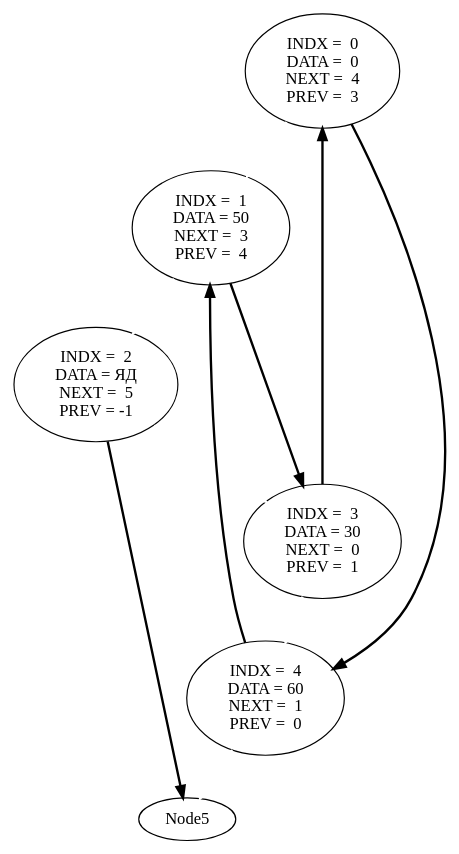
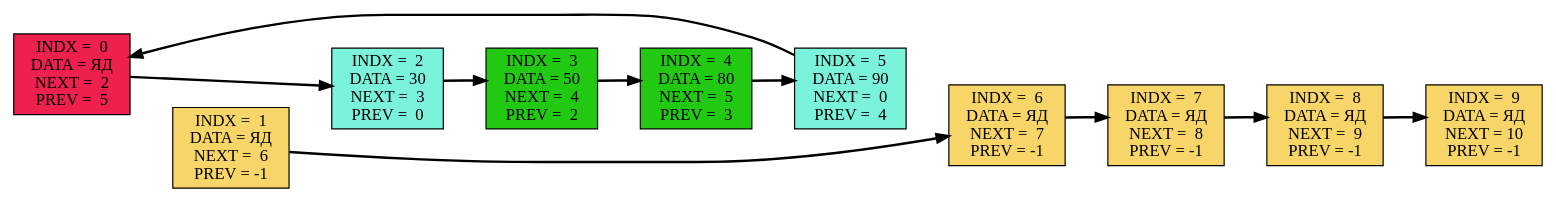
One commit to ask0later/List changed the diagram in Graph.dot. Above: the diagram before and after it, drawn with Graphviz. The commit also changed 4 other files, not shown here.

Commit message:
with graphviz

```diff
--- a/Graph.dot
+++ b/Graph.dot
@@ -1,18 +1,32 @@
 digraph DotGraph
 {
-    Node0 [shape="ellipse", color="#000000", fontcolor="black", fillcolor="#EE204D", style="solid", weight="1", label="INDX =  0\nDATA =  0\nNEXT =  4\nPREV =  3"];
-    Node1 [shape="ellipse", color="#000000", fontcolor="black", fillcolor="#21C912", style="solid", weight="1", label="INDX =  1\nDATA = 50\nNEXT =  3\nPREV =  4"];
-    Node2 [shape="ellipse", color="#000000", fontcolor="black", fillcolor="#F8D568", style="solid", weight="1", label="INDX =  2\nDATA = ЯД\nNEXT =  5\nPREV = -1"];
-    Node3 [shape="ellipse", color="#000000", fontcolor="black", fillcolor="#7BF2DA", style="solid", weight="1", label="INDX =  3\nDATA = 30\nNEXT =  0\nPREV =  1"];
-    Node4 [shape="ellipse", color="#000000", fontcolor="black", fillcolor="#7BF2DA", style="solid", weight="1", label="INDX =  4\nDATA = 60\nNEXT =  1\nPREV =  0"];
-    Node0 -> Node1 [color="#FFFFFF", style="bold", weight="1", label=""];
-    Node1 -> Node2 [color="#FFFFFF", style="bold", weight="1", label=""];
-    Node2 -> Node3 [color="#FFFFFF", style="bold", weight="1", label=""];
-    Node3 -> Node4 [color="#FFFFFF", style="bold", weight="1", label=""];
-    Node4 -> Node5 [color="#FFFFFF", style="bold", weight="1", label=""];
-    Node0 -> Node4 [color="#000000", style="bold", weight="1", label=""];
-    Node1 -> Node3 [color="#000000", style="bold", weight="1", label=""];
-    Node2 -> Node5 [color="#000000", style="bold", weight="1", label=""];
-    Node3 -> Node0 [color="#000000", style="bold", weight="1", label=""];
-    Node4 -> Node1 [color="#000000", style="bold", weight="1", label=""];
+rankdir=LR;
+    Node0 [shape="box", color="black", fontcolor="black", fillcolor="#EE204D", style="filled", weight="1", label="INDX =  0\nDATA = ЯД\nNEXT =  2\nPREV =  5"];
+    Node1 [shape="box", color="black", fontcolor="black", fillcolor="#F8D568", style="filled", weight="1", label="INDX =  1\nDATA = ЯД\nNEXT =  6\nPREV = -1"];
+    Node2 [shape="box", color="black", fontcolor="black", fillcolor="#7BF2DA", style="filled", weight="1", label="INDX =  2\nDATA = 30\nNEXT =  3\nPREV =  0"];
+    Node3 [shape="box", color="black", fontcolor="black", fillcolor="#21C912", style="filled", weight="1", label="INDX =  3\nDATA = 50\nNEXT =  4\nPREV =  2"];
+    Node4 [shape="box", color="black", fontcolor="black", fillcolor="#21C912", style="filled", weight="1", label="INDX =  4\nDATA = 80\nNEXT =  5\nPREV =  3"];
+    Node5 [shape="box", color="black", fontcolor="black", fillcolor="#7BF2DA", style="filled", weight="1", label="INDX =  5\nDATA = 90\nNEXT =  0\nPREV =  4"];
+    Node6 [shape="box", color="black", fontcolor="black", fillcolor="#F8D568", style="filled", weight="1", label="INDX =  6\nDATA = ЯД\nNEXT =  7\nPREV = -1"];
+    Node7 [shape="box", color="black", fontcolor="black", fillcolor="#F8D568", style="filled", weight="1", label="INDX =  7\nDATA = ЯД\nNEXT =  8\nPREV = -1"];
+    Node8 [shape="box", color="black", fontcolor="black", fillcolor="#F8D568", style="filled", weight="1", label="INDX =  8\nDATA = ЯД\nNEXT =  9\nPREV = -1"];
+    Node9 [shape="box", color="black", fontcolor="black", fillcolor="#F8D568", style="filled", weight="1", label="INDX =  9\nDATA = ЯД\nNEXT = 10\nPREV = -1"];
+    Node0 -> Node1 [color="#FFFFFF", style="invis", weight="1", label=""];
+    Node1 -> Node2 [color="#FFFFFF", style="invis", weight="1", label=""];
+    Node2 -> Node3 [color="#FFFFFF", style="invis", weight="1", label=""];
+    Node3 -> Node4 [color="#FFFFFF", style="invis", weight="1", label=""];
+    Node4 -> Node5 [color="#FFFFFF", style="invis", weight="1", label=""];
+    Node5 -> Node6 [color="#FFFFFF", style="invis", weight="1", label=""];
+    Node6 -> Node7 [color="#FFFFFF", style="invis", weight="1", label=""];
+    Node7 -> Node8 [color="#FFFFFF", style="invis", weight="1", label=""];
+    Node8 -> Node9 [color="#FFFFFF", style="invis", weight="1", label=""];
+    Node0 -> Node2 [color="#000000", style="bold", weight="1", label=""];
+    Node1 -> Node6 [color="#000000", style="bold", weight="1", label=""];
+    Node2 -> Node3 [color="#000000", style="bold", weight="1", label=""];
+    Node3 -> Node4 [color="#000000", style="bold", weight="1", label=""];
+    Node4 -> Node5 [color="#000000", style="bold", weight="1", label=""];
+    Node5 -> Node0 [color="#000000", style="bold", weight="1", label=""];
+    Node6 -> Node7 [color="#000000", style="bold", weight="1", label=""];
+    Node7 -> Node8 [color="#000000", style="bold", weight="1", label=""];
+    Node8 -> Node9 [color="#000000", style="bold", weight="1", label=""];
 }
```
